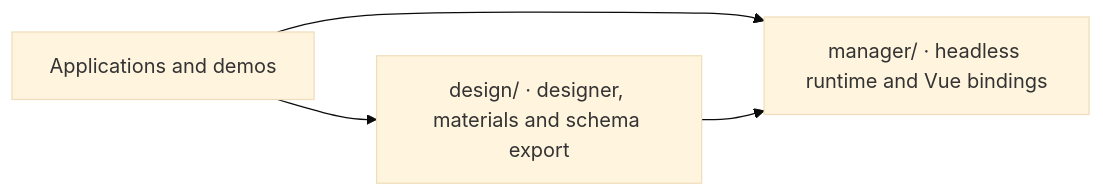
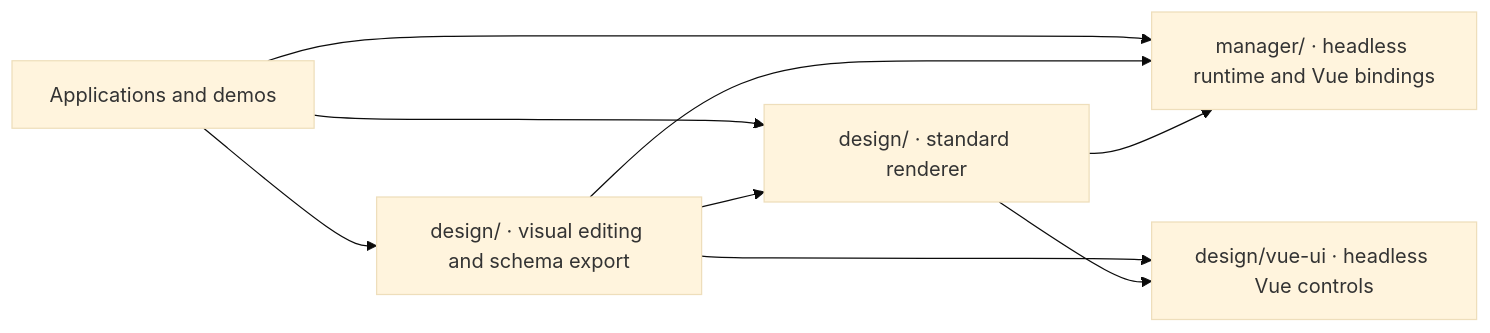
Before and after one commit to stefapi/formivue-design: the diagram in ARCHITECTURE.md, drawn with Mermaid (base theme). The commit also changed other lines of this file and 59 other files, not shown here.

````diff
--- a/ARCHITECTURE.md
+++ b/ARCHITECTURE.md
@@ -7,6 +7,11 @@
 ```mermaid
 flowchart LR
-    Apps["Applications and demos"] --> Design["design/ · designer, materials and schema export"]
+    Apps["Applications and demos"] --> Design["design/ · visual editing and schema export"]
+    Apps --> Runtime["design/ · standard renderer"]
     Apps --> Manager["manager/ · headless runtime and Vue bindings"]
+    Design --> Runtime
     Design --> Manager
+    Design --> UI
+    Runtime --> Manager
+    Runtime --> UI["design/vue-ui · headless Vue controls"]
 ```
````
